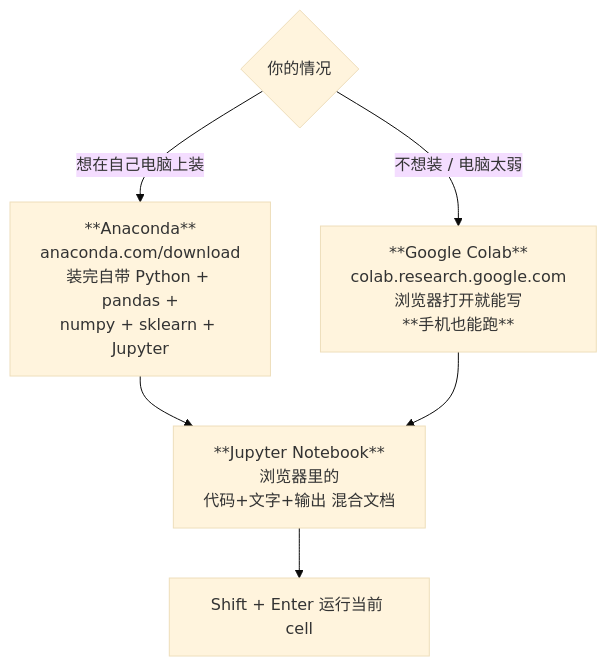
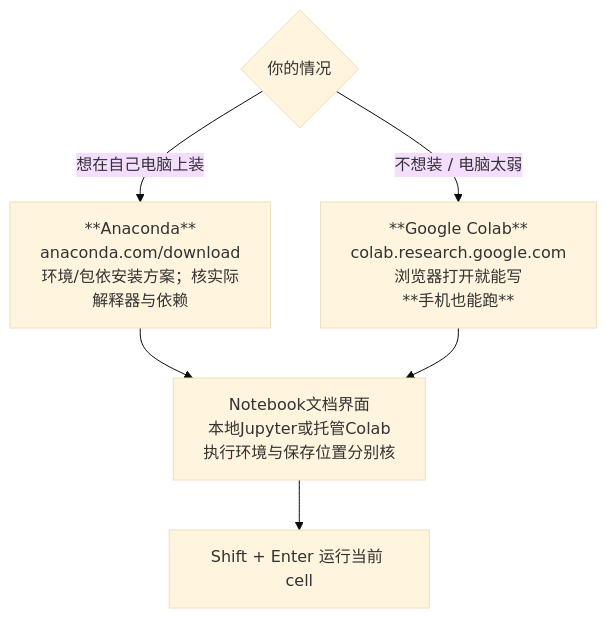
Diagram 15 of 18 in IS6400_Business_Data_Analytics/notes/M01-导论-商业数据分析全景与工具链.md (CercaTrovato/cityu-ai-course-notes), drawn with Mermaid (base theme) before and after one commit. The commit also changed other lines of this file and 116 other files, not shown here.

````diff
--- a/IS6400_Business_Data_Analytics/notes/M01-导论-商业数据分析全景与工具链.md
+++ b/IS6400_Business_Data_Analytics/notes/M01-导论-商业数据分析全景与工具链.md
@@ -749,8 +1388,8 @@
 ```mermaid
 flowchart TD
-    Q{"你的情况"} -->|"想在自己电脑上装"| A["**Anaconda**<br/>anaconda.com/download<br/>装完自带 Python + pandas +<br/>numpy + sklearn + Jupyter"]
+    Q{"你的情况"} -->|"想在自己电脑上装"| A["**Anaconda**<br/>anaconda.com/download<br/>环境/包依安装方案；核实际解释器与依赖"]
     Q -->|"不想装 / 电脑太弱"| C["**Google Colab**<br/>colab.research.google.com<br/>浏览器打开就能写<br/>**手机也能跑**"]
-    A --> N["**Jupyter Notebook**<br/>浏览器里的<br/>代码+文字+输出 混合文档"]
+    A --> N["Notebook文档界面<br/>本地Jupyter或托管Colab<br/>执行环境与保存位置分别核"]
     C --> N
     N --> R["Shift + Enter 运行当前 cell"]
 ```
````
